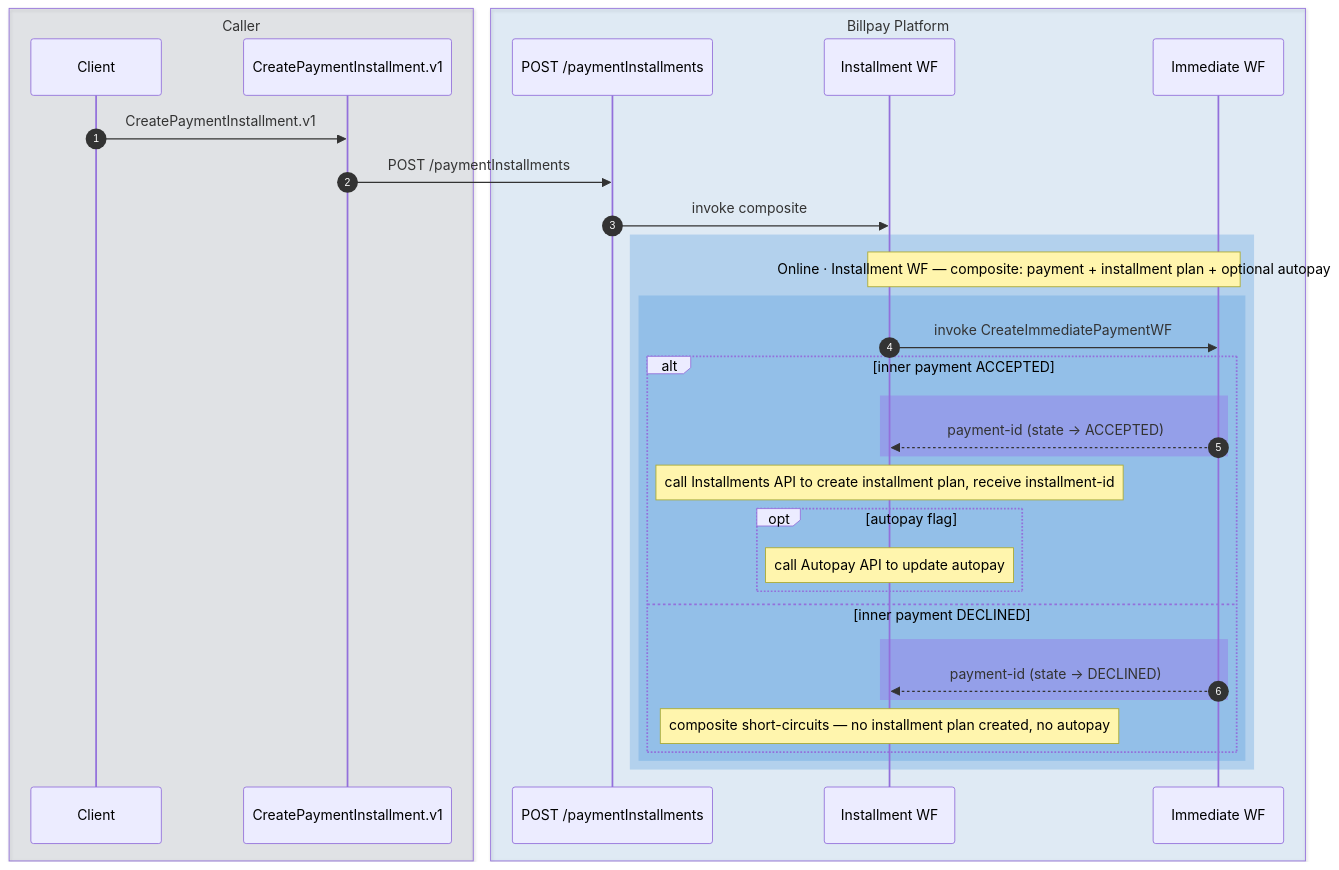
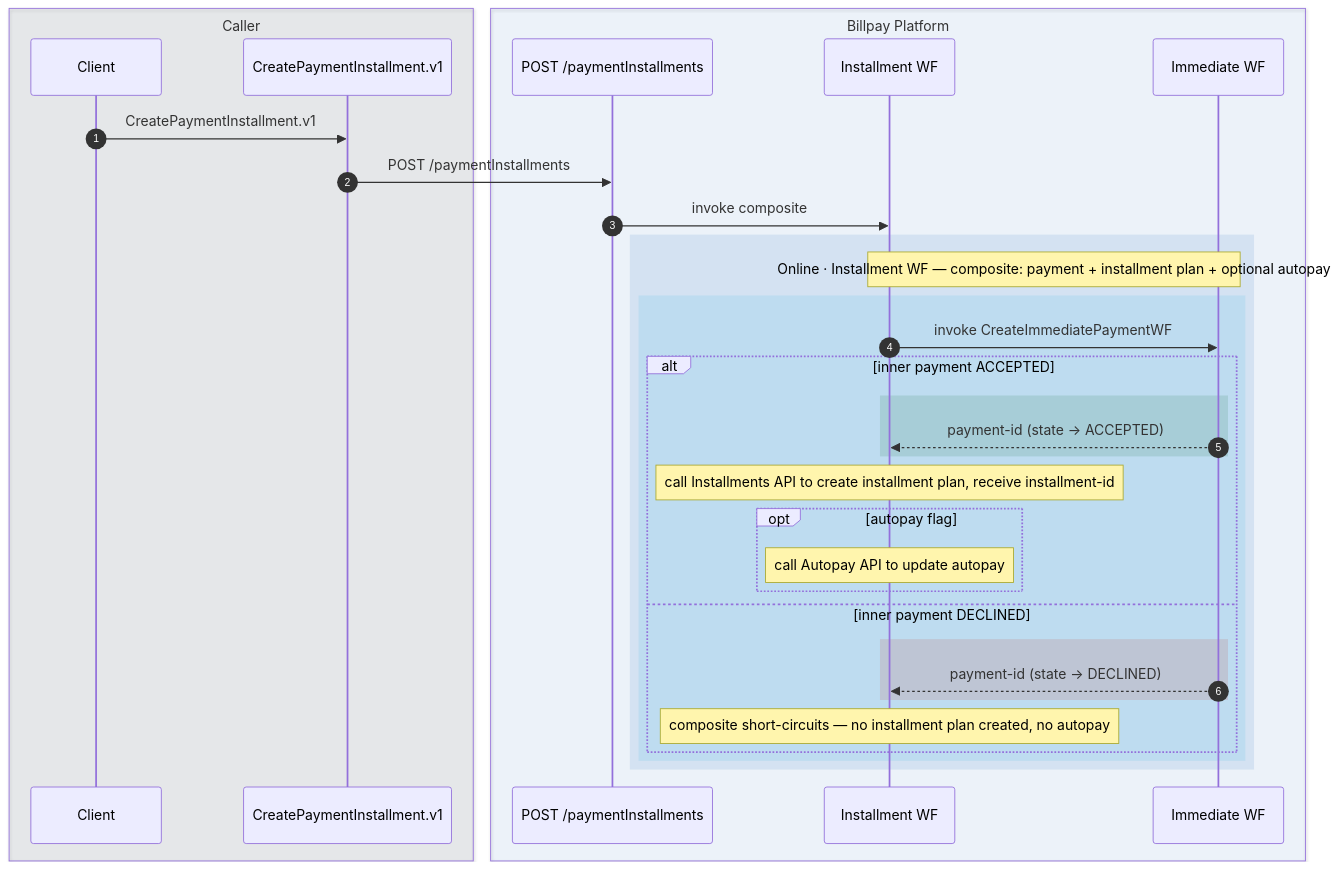
Diagram 12 of 12 in website/docs/design/diagrams/sequence-diagram.md (arunav-bhattacharya/billpay-book), drawn with Mermaid before and after one commit. The commit also changed other lines of this file and 48 other files, not shown here.

````diff
--- a/website/docs/design/diagrams/sequence-diagram.md
+++ b/website/docs/design/diagrams/sequence-diagram.md
@@ -741,41 +741,41 @@
 ```mermaid
 sequenceDiagram
   autonumber
 
-  box rgba(120,132,152,0.16) Caller
+  box rgba(111,124,143,0.12) Caller
     participant C as Client
     participant ODF as CreatePaymentInstallment.v1
   end
 
-  box rgba(1,111,208,0.1) Billpay Platform
+  box rgba(1,111,208,0.06) Billpay Platform
     participant API as POST /paymentInstallments
     participant CWF as Installment WF
     participant CIP as Immediate WF
   end
 
   C->>ODF: CreatePaymentInstallment.v1
   ODF->>API: POST /paymentInstallments
   API->>CWF: invoke composite
 
-  rect rgba(1,111,208,0.2)
+  rect rgba(1,91,179,0.10)
     Note over CWF,CIP: Online · Installment WF — composite: payment + installment plan + optional autopay
 
-    rect rgba(0,111,207,0.18)
+    rect rgba(0,163,224,0.10)
       CWF->>CIP: invoke CreateImmediatePaymentWF
       alt inner payment ACCEPTED
-        rect rgba(150,75,232,0.28)
+        rect rgba(47,125,84,0.16)
           CIP-->>CWF: payment-id (state → ACCEPTED)
         end
         Note over CWF: call Installments API to create installment plan, receive installment-id
         opt autopay flag
           Note over CWF: call Autopay API to update autopay
         end
       else inner payment DECLINED
-        rect rgba(150,75,232,0.28)
+        rect rgba(192,57,43,0.14)
           CIP-->>CWF: payment-id (state → DECLINED)
         end
         Note over CWF: composite short-circuits — no installment plan created, no autopay
       end
     end
   end
 ```
````
